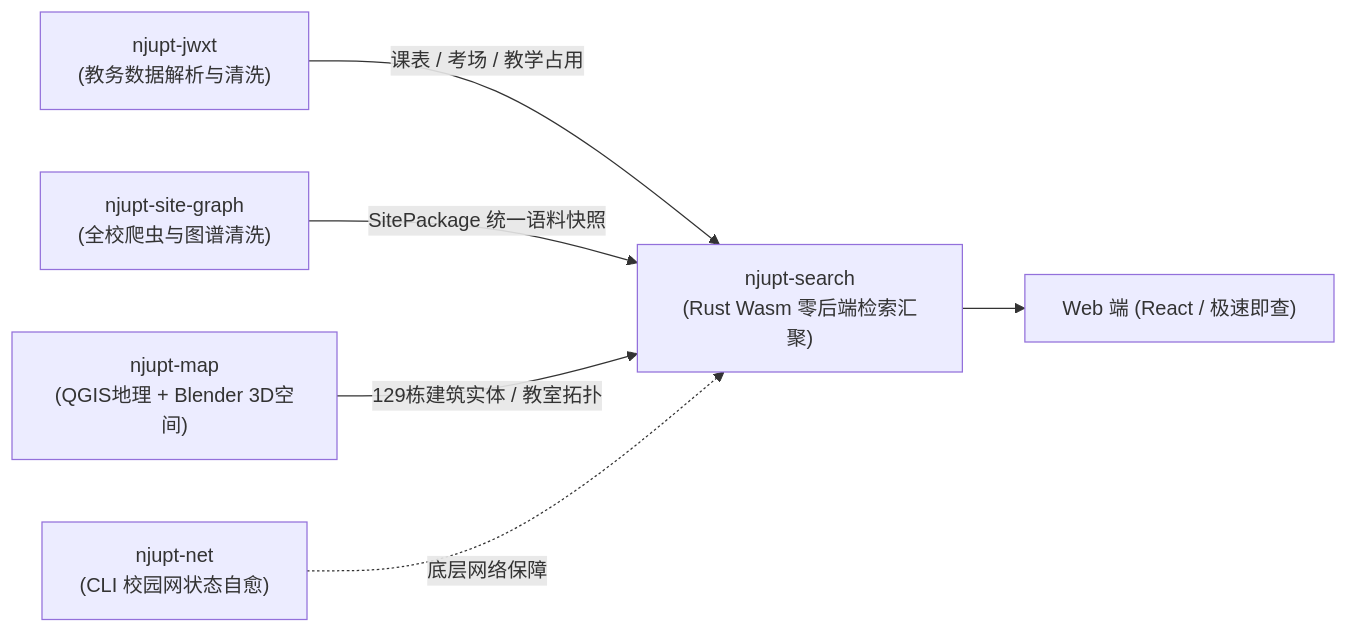
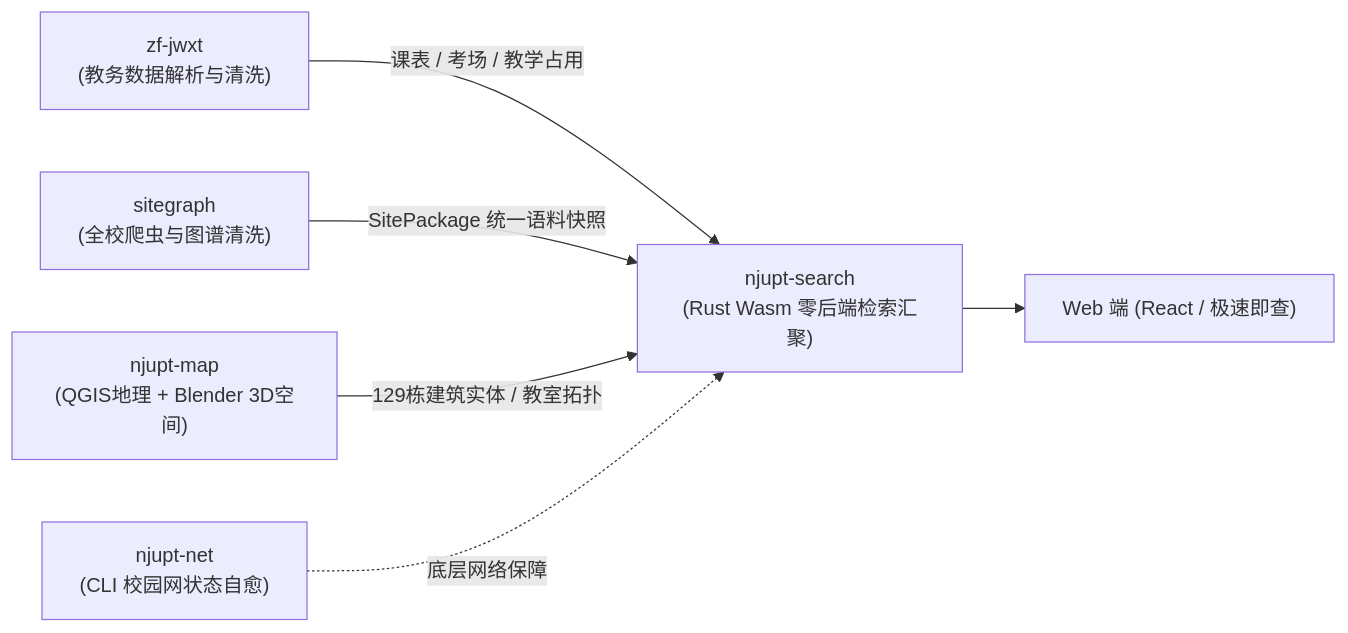
One commit to NJUPT-CS-StuDev/studev changed the second of 2 diagrams in src/content/develop/project-njupt-search.md. Above: the diagram before and after it, drawn with Mermaid. The commit also changed other lines of this file and 6 other files, not shown here.

````diff
--- a/src/content/develop/project-njupt-search.md
+++ b/src/content/develop/project-njupt-search.md
@@ -69,9 +69,9 @@
 ```mermaid
 flowchart LR
-    JWXT["njupt-jwxt<br/>(教务数据解析与清洗)"] -->|课表 / 考场 / 教学占用| SEARCH["njupt-search<br/>(Rust Wasm 零后端检索汇聚)"]
-    SITE["njupt-site-graph<br/>(全校爬虫与图谱清洗)"] -->|SitePackage 统一语料快照| SEARCH
+    JWXT["zf-jwxt<br/>(教务数据解析与清洗)"] -->|课表 / 考场 / 教学占用| SEARCH["njupt-search<br/>(Rust Wasm 零后端检索汇聚)"]
+    SITE["sitegraph<br/>(全校爬虫与图谱清洗)"] -->|SitePackage 统一语料快照| SEARCH
     MAP["njupt-map<br/>(QGIS地理 + Blender 3D空间)"] -->|129栋建筑实体 / 教室拓扑| SEARCH
     
     SEARCH --> WEB["Web 端 (React / 极速即查)"]
     NET["njupt-net<br/>(CLI 校园网状态自愈)"] -.->|底层网络保障| SEARCH
 ```
````
